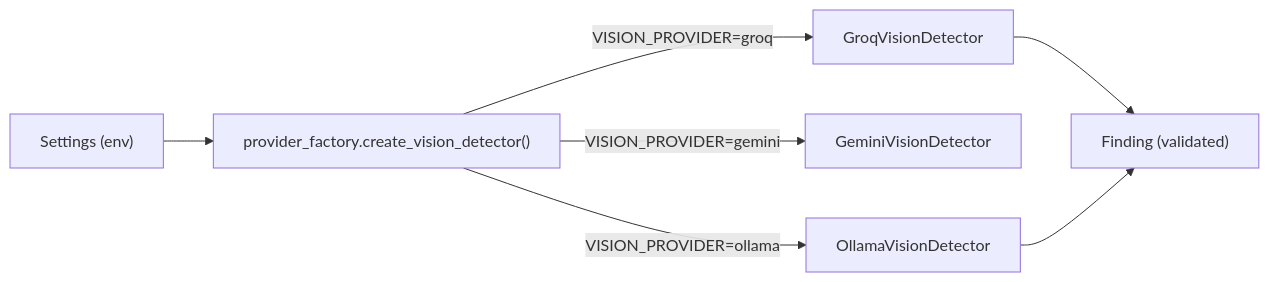
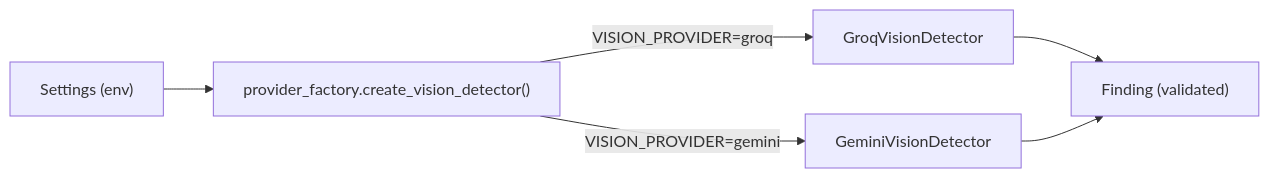
One commit to HamzaShafiq44/FieldMark changed the fourth of 4 diagrams in ARCHITECTURE.md. Above: the diagram before and after it, drawn with Mermaid. The commit also changed other lines of this file and 16 other files, not shown here.

Commit message:
Updated README and ARCHITECTURE

````diff
--- a/ARCHITECTURE.md
+++ b/ARCHITECTURE.md
@@ -228,9 +352,8 @@
 ```mermaid
 flowchart LR
     Settings["Settings (env)"] --> Factory["provider_factory.create_vision_detector()"]
     Factory -->|"VISION_PROVIDER=groq"| G["GroqVisionDetector"]
     Factory -->|"VISION_PROVIDER=gemini"| Gm["GeminiVisionDetector"]
-    Factory -->|"VISION_PROVIDER=ollama"| O["OllamaVisionDetector"]
     G --> Finding["Finding (validated)"]
-    O --> Finding
+    Gm --> Finding
 ```
````
